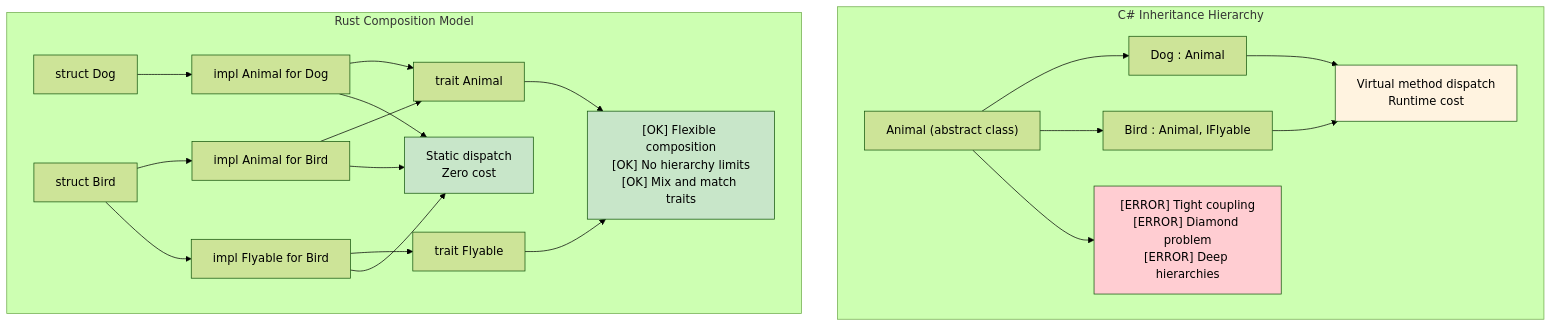
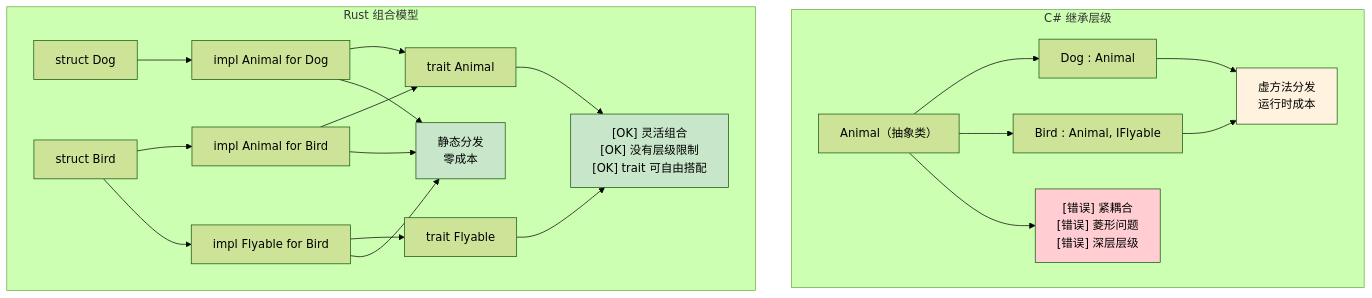
The diagram in zh-cn/csharp-book/src/ch10-2-inheritance-vs-composition.md (xiaofengoop/rust-for-csharp-programmers-zh-cn), drawn with Mermaid (forest theme) before and after one commit. The commit also changed other lines of this file and 38 other files, not shown here.

````diff
--- a/zh-cn/csharp-book/src/ch10-2-inheritance-vs-composition.md
+++ b/zh-cn/csharp-book/src/ch10-2-inheritance-vs-composition.md
@@ -134,45 +136,45 @@
 ```mermaid
 graph TD
-    subgraph "C# Inheritance Hierarchy"
-        CS_ANIMAL["Animal (abstract class)"]
+    subgraph "C# 继承层级"
+        CS_ANIMAL["Animal（抽象类）"]
         CS_DOG["Dog : Animal"]
         CS_BIRD["Bird : Animal, IFlyable"]
-        CS_VTABLE["Virtual method dispatch<br/>Runtime cost"]
-        CS_COUPLING["[ERROR] Tight coupling<br/>[ERROR] Diamond problem<br/>[ERROR] Deep hierarchies"]
+        CS_VTABLE["虚方法分发<br/>运行时成本"]
+        CS_COUPLING["[错误] 紧耦合<br/>[错误] 菱形问题<br/>[错误] 深层层级"]
         
         CS_ANIMAL --> CS_DOG
         CS_ANIMAL --> CS_BIRD
         CS_DOG --> CS_VTABLE
         CS_BIRD --> CS_VTABLE
         CS_ANIMAL --> CS_COUPLING
     end
     
-    subgraph "Rust Composition Model"
+    subgraph "Rust 组合模型"
         RUST_ANIMAL["trait Animal"]
         RUST_FLYABLE["trait Flyable"]
         RUST_DOG["struct Dog"]
         RUST_BIRD["struct Bird"]
         RUST_IMPL1["impl Animal for Dog"]
         RUST_IMPL2["impl Animal for Bird"]
         RUST_IMPL3["impl Flyable for Bird"]
-        RUST_STATIC["Static dispatch<br/>Zero cost"]
-        RUST_FLEXIBLE["[OK] Flexible composition<br/>[OK] No hierarchy limits<br/>[OK] Mix and match traits"]
+        RUST_STATIC["静态分发<br/>零成本"]
+        RUST_FLEXIBLE["[OK] 灵活组合<br/>[OK] 没有层级限制<br/>[OK] trait 可自由搭配"]
         
         RUST_DOG --> RUST_IMPL1
         RUST_BIRD --> RUST_IMPL2
         RUST_BIRD --> RUST_IMPL3
         RUST_IMPL1 --> RUST_ANIMAL
         RUST_IMPL2 --> RUST_ANIMAL
         RUST_IMPL3 --> RUST_FLYABLE
         RUST_IMPL1 --> RUST_STATIC
         RUST_IMPL2 --> RUST_STATIC
         RUST_IMPL3 --> RUST_STATIC
         RUST_ANIMAL --> RUST_FLEXIBLE
         RUST_FLYABLE --> RUST_FLEXIBLE
     end
     
     style CS_COUPLING fill:#ffcdd2,color:#000
     style RUST_FLEXIBLE fill:#c8e6c9,color:#000
     style CS_VTABLE fill:#fff3e0,color:#000
     style RUST_STATIC fill:#c8e6c9,color:#000
 ```
````
